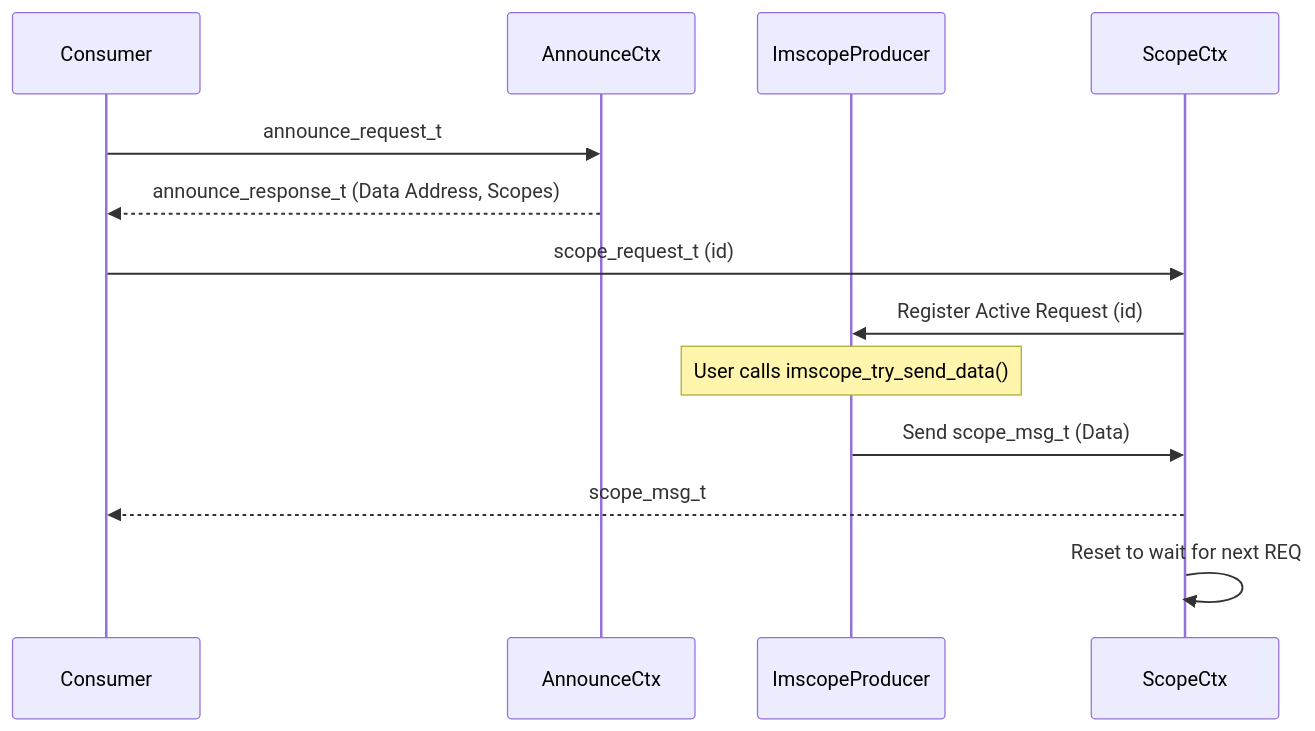
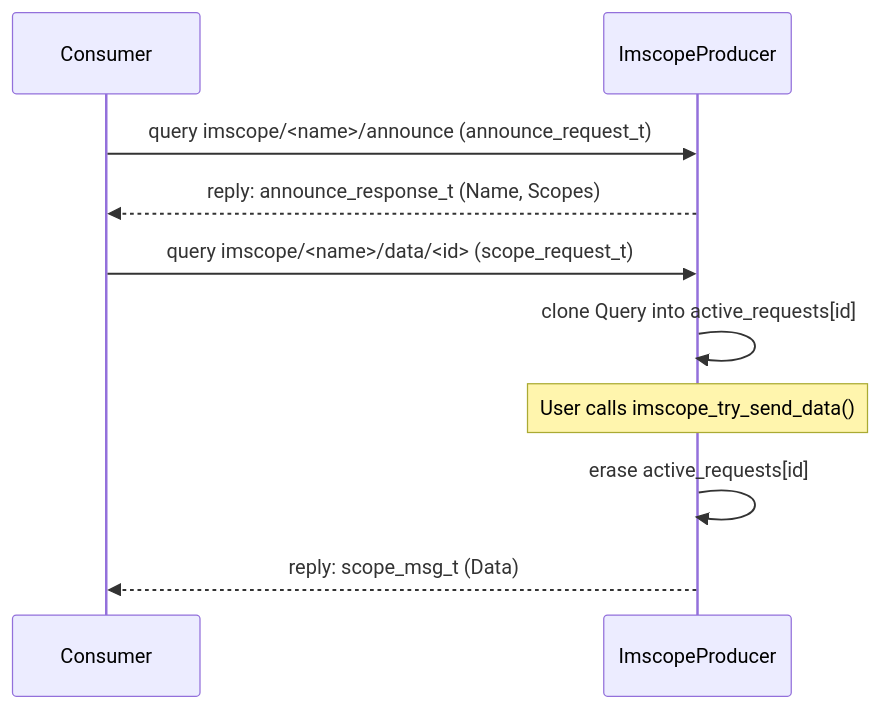
Before and after one commit to bpodrygajlo/imscope: the diagram in common/doc/imscope_producer_doc.md, drawn with Mermaid. The commit also changed other lines of this file and 14 other files, not shown here.

````diff
--- a/common/doc/imscope_producer_doc.md
+++ b/common/doc/imscope_producer_doc.md
@@ -27,19 +20,16 @@
 ```mermaid
 sequenceDiagram
     participant Consumer
-    participant AnnounceCtx
     participant ImscopeProducer
-    participant ScopeCtx
 
-    Consumer->>AnnounceCtx: announce_request_t
-    AnnounceCtx-->>Consumer: announce_response_t (Data Address, Scopes)
+    Consumer->>ImscopeProducer: query imscope/<name>/announce (announce_request_t)
+    ImscopeProducer-->>Consumer: reply: announce_response_t (Name, Scopes)
 
-    Consumer->>ScopeCtx: scope_request_t (id)
-    ScopeCtx->>ImscopeProducer: Register Active Request (id)
+    Consumer->>ImscopeProducer: query imscope/<name>/data/<id> (scope_request_t)
+    ImscopeProducer->>ImscopeProducer: clone Query into active_requests[id]
 
     Note over ImscopeProducer: User calls imscope_try_send_data()
 
-    ImscopeProducer->>ScopeCtx: Send scope_msg_t (Data)
-    ScopeCtx-->>Consumer: scope_msg_t
-    ScopeCtx->>ScopeCtx: Reset to wait for next REQ
+    ImscopeProducer->>ImscopeProducer: erase active_requests[id]
+    ImscopeProducer-->>Consumer: reply: scope_msg_t (Data)
 ```
````
